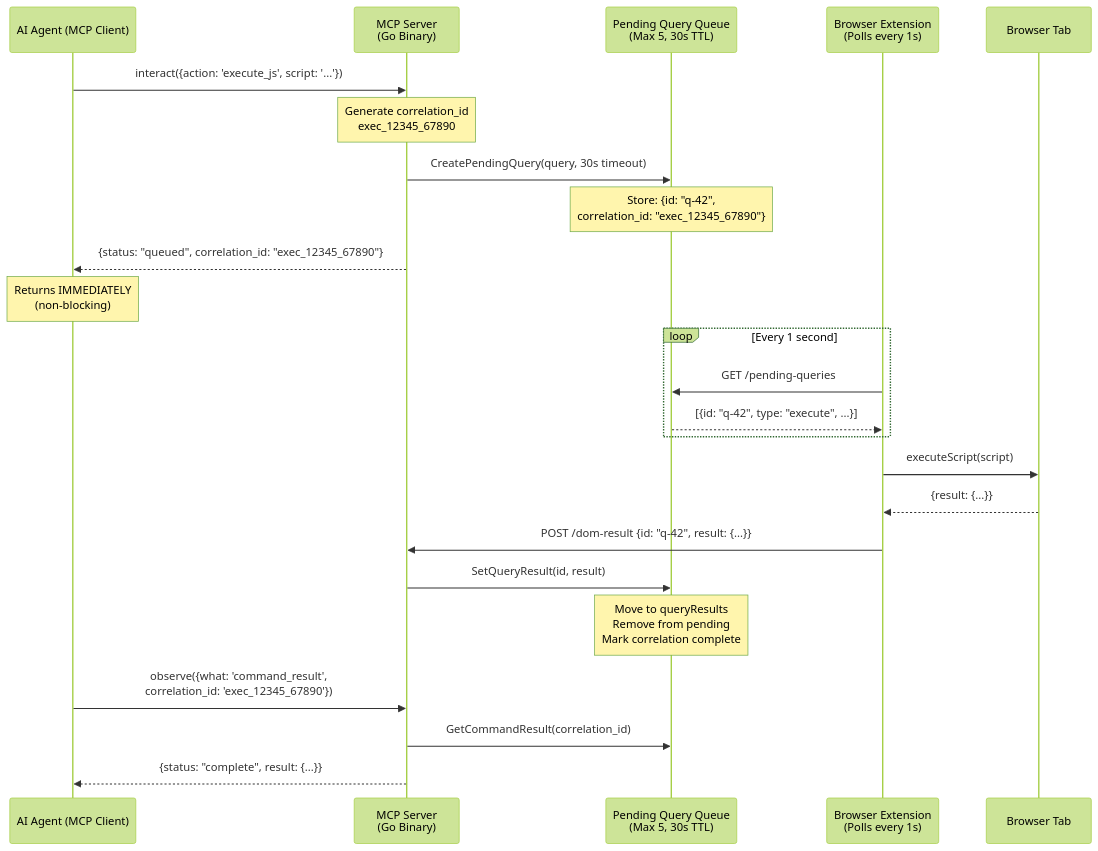
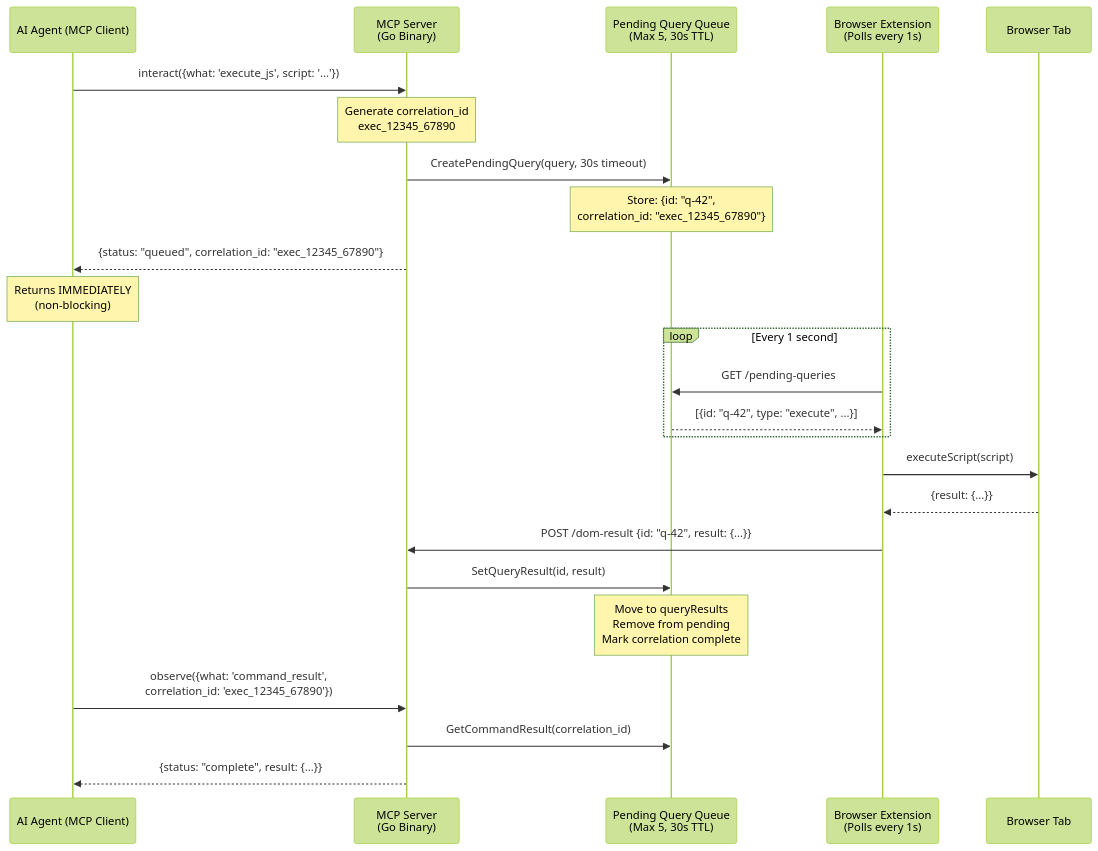
The first of 5 diagrams in docs/architecture/diagrams/async-queue-flow.md (brennhill/Kaboom-Browser-AI-Devtools-MCP), drawn with Mermaid (forest theme) before and after one commit. The commit also changed 243 other files, not shown here.

````diff
--- a/docs/architecture/diagrams/async-queue-flow.md
+++ b/docs/architecture/diagrams/async-queue-flow.md
@@ -13,33 +13,33 @@
 ```mermaid
 sequenceDiagram
     participant AI as AI Agent (MCP Client)
     participant MCP as MCP Server<br/>(Go Binary)
     participant Queue as Pending Query Queue<br/>(Max 5, 30s TTL)
     participant Ext as Browser Extension<br/>(Polls every 1s)
     participant Browser as Browser Tab
 
-    AI->>MCP: interact({action: 'execute_js', script: '...'})
+    AI->>MCP: interact({what: 'execute_js', script: '...'})
     Note over MCP: Generate correlation_id<br/>exec_12345_67890
 
     MCP->>Queue: CreatePendingQuery(query, 30s timeout)
     Note over Queue: Store: {id: "q-42",<br/>correlation_id: "exec_12345_67890"}
 
     MCP-->>AI: {status: "queued", correlation_id: "exec_12345_67890"}
     Note over AI: Returns IMMEDIATELY<br/>(non-blocking)
 
     loop Every 1 second
         Ext->>Queue: GET /pending-queries
         Queue-->>Ext: [{id: "q-42", type: "execute", ...}]
     end
 
     Ext->>Browser: executeScript(script)
     Browser-->>Ext: {result: {...}}
 
     Ext->>MCP: POST /dom-result {id: "q-42", result: {...}}
     MCP->>Queue: SetQueryResult(id, result)
     Note over Queue: Move to queryResults<br/>Remove from pending<br/>Mark correlation complete
 
     AI->>MCP: observe({what: 'command_result',<br/>correlation_id: 'exec_12345_67890'})
     MCP->>Queue: GetCommandResult(correlation_id)
     MCP-->>AI: {status: "complete", result: {...}}
 ```
````
